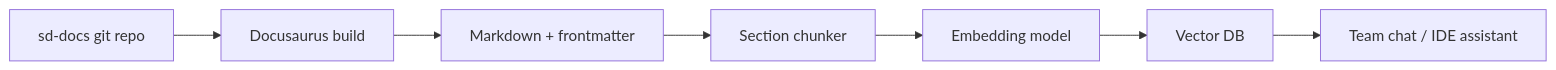
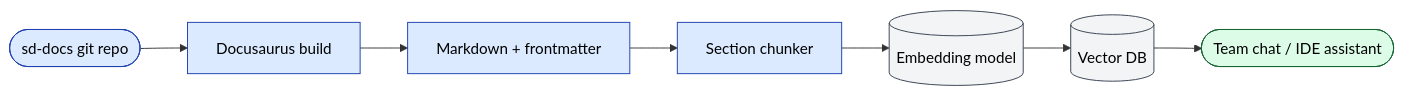
Before and after one commit to jamshidtulaganov/sd-doc: the diagram in docs/team/rag-indexing.md, drawn with Mermaid. The commit also changed other lines of this file and 21 other files, not shown here.

````diff
--- a/docs/team/rag-indexing.md
+++ b/docs/team/rag-indexing.md
@@ -105,9 +106,20 @@
 ```mermaid
 flowchart LR
-  REPO[sd-docs git repo] --> BUILD[Docusaurus build]
-  BUILD --> RAW[Markdown + frontmatter]
-  RAW --> CHUNK[Section chunker]
-  CHUNK --> EMB[Embedding model]
-  EMB --> VDB[Vector DB]
-  VDB --> CHAT[Team chat / IDE assistant]
+  REPO(["sd-docs git repo"]) --> BUILD["Docusaurus build"]
+  BUILD --> RAW["Markdown + frontmatter"]
+  RAW --> CHUNK["Section chunker"]
+  CHUNK --> EMB[("Embedding model")]
+  EMB --> VDB[("Vector DB")]
+  VDB --> CHAT(["Team chat / IDE assistant"])
+
+  classDef action   fill:#dbeafe,stroke:#1e40af,color:#000
+  classDef approval fill:#fef3c7,stroke:#92400e,color:#000
+  classDef success  fill:#dcfce7,stroke:#166534,color:#000
+  classDef reject   fill:#fee2e2,stroke:#991b1b,color:#000
+  classDef external fill:#f3f4f6,stroke:#374151,color:#000
+  classDef cron     fill:#ede9fe,stroke:#6d28d9,color:#000
+
+  class REPO,BUILD,RAW,CHUNK action
+  class EMB,VDB external
+  class CHAT success
 ```
````
